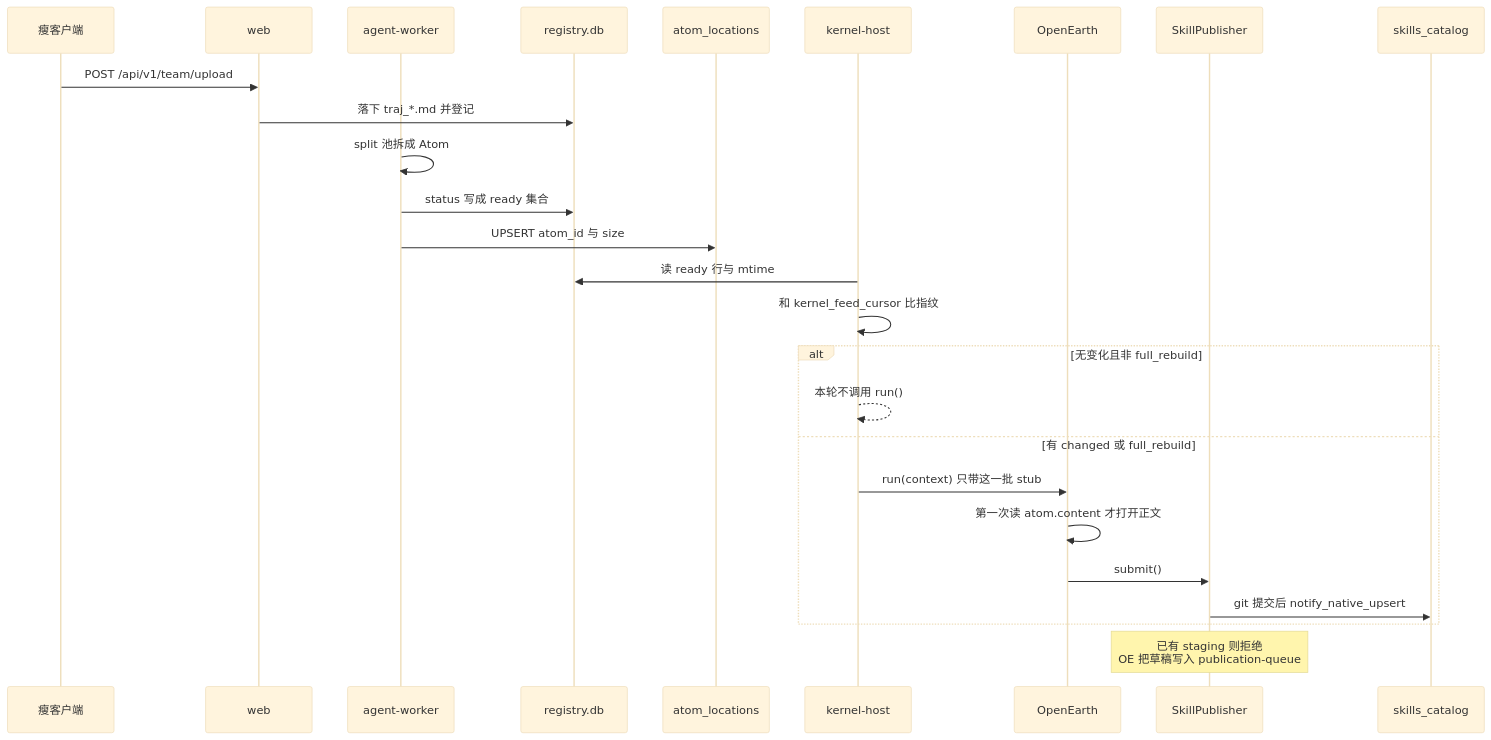
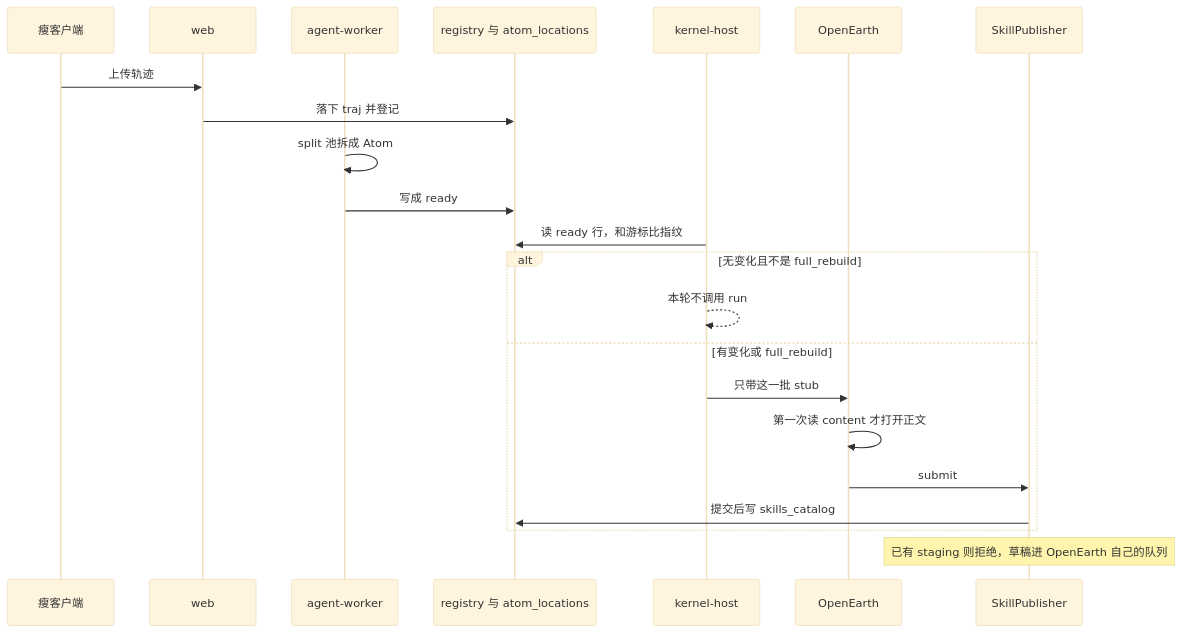
The second of 6 diagrams in docs/plans/2026-08-27-openearth-landing-on-main.md (SkillNerds/xskill), drawn with Mermaid (base theme) before and after one commit. The commit also changed other lines of this file, not shown here.

First line of the commit message:
docs: put sequence and class diagrams first on the OE landing note

````diff
--- a/docs/plans/2026-08-27-openearth-landing-on-main.md
+++ b/docs/plans/2026-08-27-openearth-landing-on-main.md
@@ -138,29 +37,25 @@
 ```mermaid
 sequenceDiagram
     participant Client as 瘦客户端
     participant Web as web
     participant AW as agent-worker
-    participant Reg as registry.db
-    participant Loc as atom_locations
+    participant DB as registry 与 atom_locations
     participant KH as kernel-host
     participant OE as OpenEarth
     participant Pub as SkillPublisher
-    participant Cat as skills_catalog
 
-    Client->>Web: POST /api/v1/team/upload
-    Web->>Reg: 落下 traj_*.md 并登记
+    Client->>Web: 上传轨迹
+    Web->>DB: 落下 traj 并登记
     AW->>AW: split 池拆成 Atom
-    AW->>Reg: status 写成 ready 集合
-    AW->>Loc: UPSERT atom_id 与 size
-    KH->>Reg: 读 ready 行与 mtime
-    KH->>KH: 和 kernel_feed_cursor 比指纹
-    alt 无变化且非 full_rebuild
-        KH-->>KH: 本轮不调用 run()
-    else 有 changed 或 full_rebuild
-        KH->>OE: run(context) 只带这一批 stub
-        OE->>OE: 第一次读 atom.content 才打开正文
-        OE->>Pub: submit()
-        Pub->>Cat: git 提交后 notify_native_upsert
+    AW->>DB: 写成 ready
+    KH->>DB: 读 ready 行，和游标比指纹
+    alt 无变化且不是 full_rebuild
+        KH-->>KH: 本轮不调用 run
+    else 有变化或 full_rebuild
+        KH->>OE: 只带这一批 stub
+        OE->>OE: 第一次读 content 才打开正文
+        OE->>Pub: submit
+        Pub->>DB: 提交后写 skills_catalog
     end
-    Note over Pub: 已有 staging 则拒绝<br/>OE 把草稿写入 publication-queue
+    Note over Pub: 已有 staging 则拒绝，草稿进 OpenEarth 自己的队列
 ```
````
